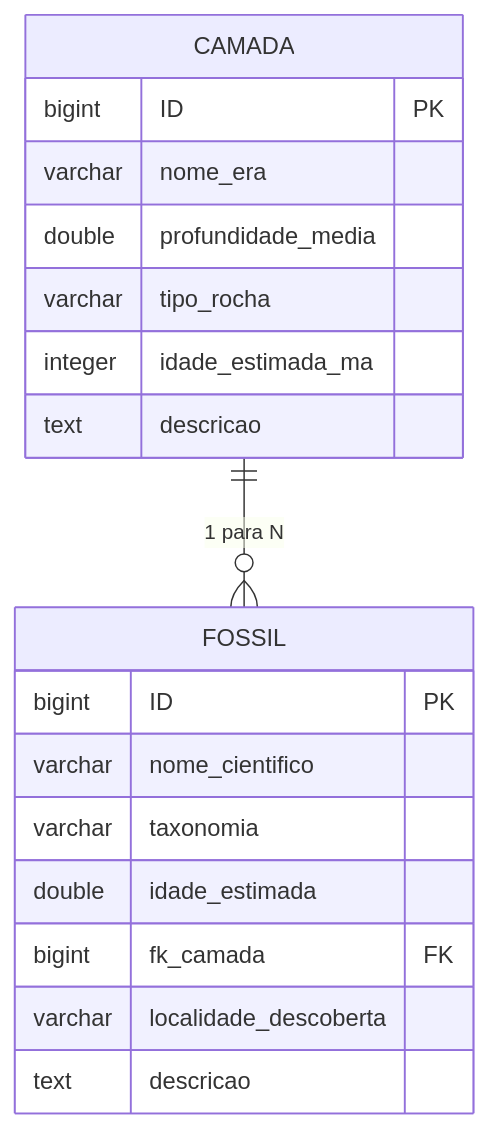
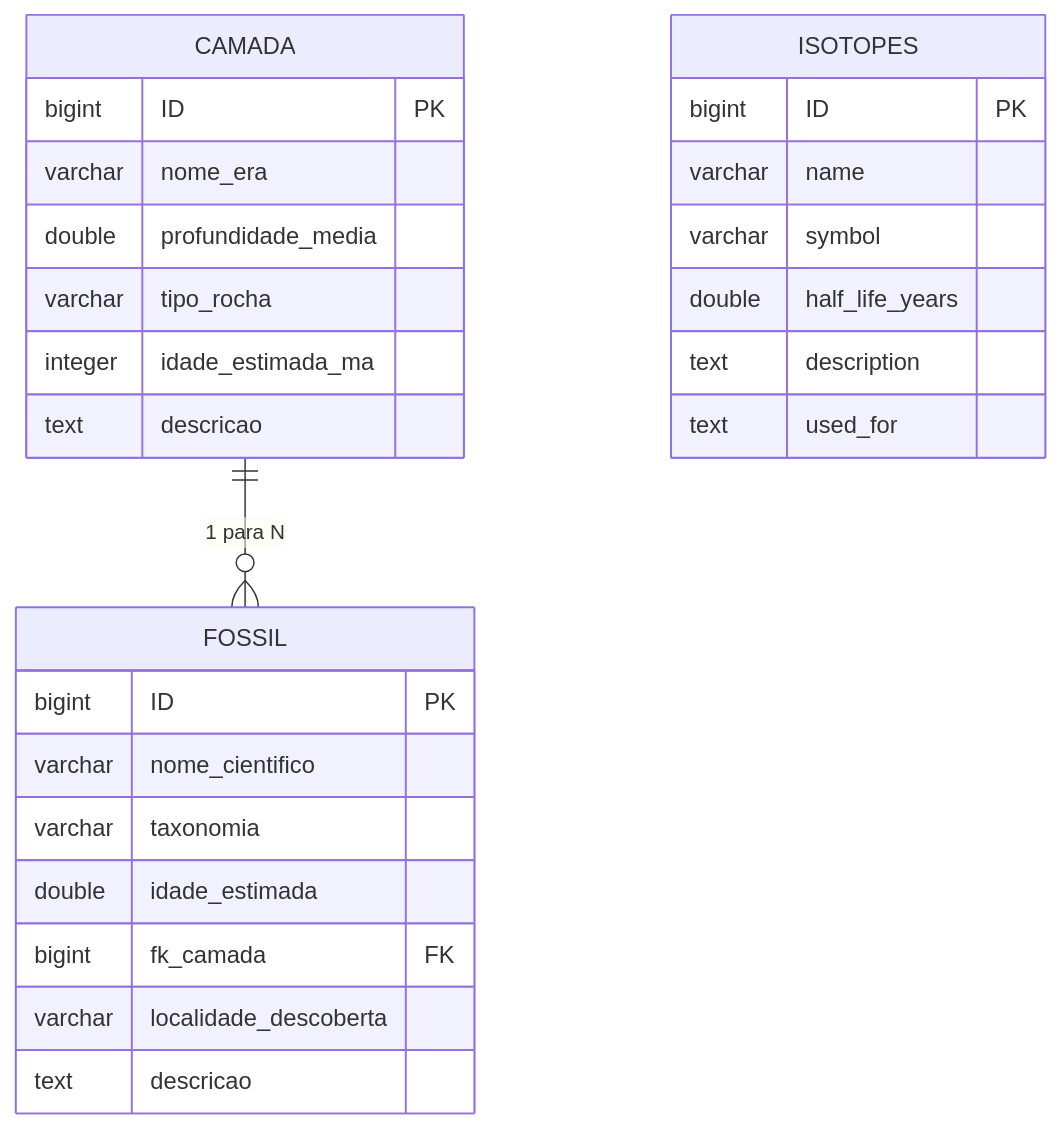
Before and after one commit to Nel-iDev/Kriptobioze: the diagram in database/DER.md, drawn with Mermaid. The commit also changed other lines of this file and 9 other files, not shown here.

````diff
--- a/database/DER.md
+++ b/database/DER.md
@@ -5,22 +5,30 @@
 ```mermaid
 erDiagram
     CAMADA {
         bigint ID PK
         varchar nome_era
         double profundidade_media
         varchar tipo_rocha
         integer idade_estimada_ma
         text descricao
     }
     FOSSIL {
         bigint ID PK
         varchar nome_cientifico
         varchar taxonomia
         double idade_estimada
         bigint fk_camada FK
         varchar localidade_descoberta
         text descricao
     }
+    ISOTOPES {
+        bigint ID PK
+        varchar name
+        varchar symbol
+        double half_life_years
+        text description
+        text used_for
+    }
 
     CAMADA ||--o{ FOSSIL : "1 para N"
 ```
````
